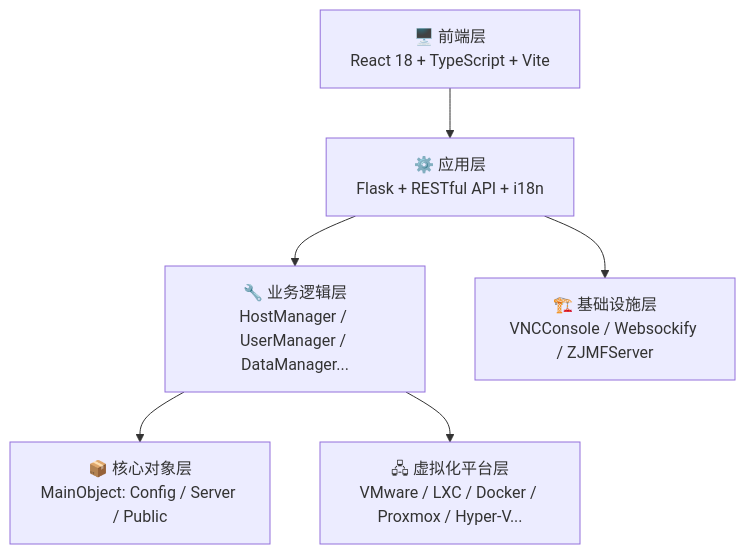
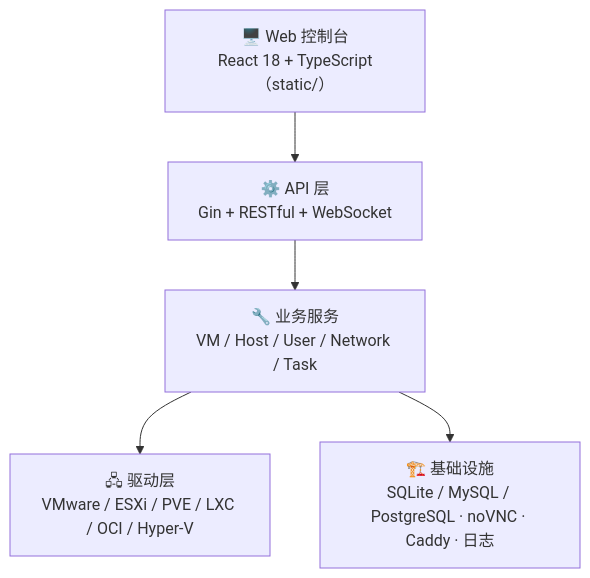
One commit to QuickIDC/CloudHost changed the diagram in README.MD. Above: the diagram before and after it, drawn with Mermaid. The commit also changed other lines of this file, not shown here.

````diff
--- a/README.MD
+++ b/README.MD
@@ -229,15 +223,13 @@
 ```mermaid
 graph TB
-    FE["🖥️ 前端层\nReact 18 + TypeScript + Vite"]
-    APP["⚙️ 应用层\nFlask + RESTful API + i18n"]
-    BIZ["🔧 业务逻辑层\nHostManager / UserManager / DataManager..."]
-    OBJ["📦 核心对象层\nMainObject: Config / Server / Public"]
-    VIRT["🖧 虚拟化平台层\nVMware / LXC / Docker / Proxmox / Hyper-V..."]
-    INFRA["🏗️ 基础设施层\nVNCConsole / Websockify / ZJMFServer"]
+    FE["🖥️ Web 控制台<br/>React 18 + TypeScript（static/）"]
+    API["⚙️ API 层<br/>Gin + RESTful + WebSocket"]
+    BIZ["🔧 业务服务<br/>VM / Host / User / Network / Task"]
+    DRV["🖧 驱动层<br/>VMware / ESXi / PVE / LXC / OCI / Hyper-V"]
+    INFRA["🏗️ 基础设施<br/>SQLite / MySQL / PostgreSQL · noVNC · Caddy · 日志"]
 
-    FE --> APP
-    APP --> BIZ
-    BIZ --> OBJ
-    BIZ --> VIRT
-    APP --> INFRA
+    FE --> API
+    API --> BIZ
+    BIZ --> DRV
+    BIZ --> INFRA
 ```
````
